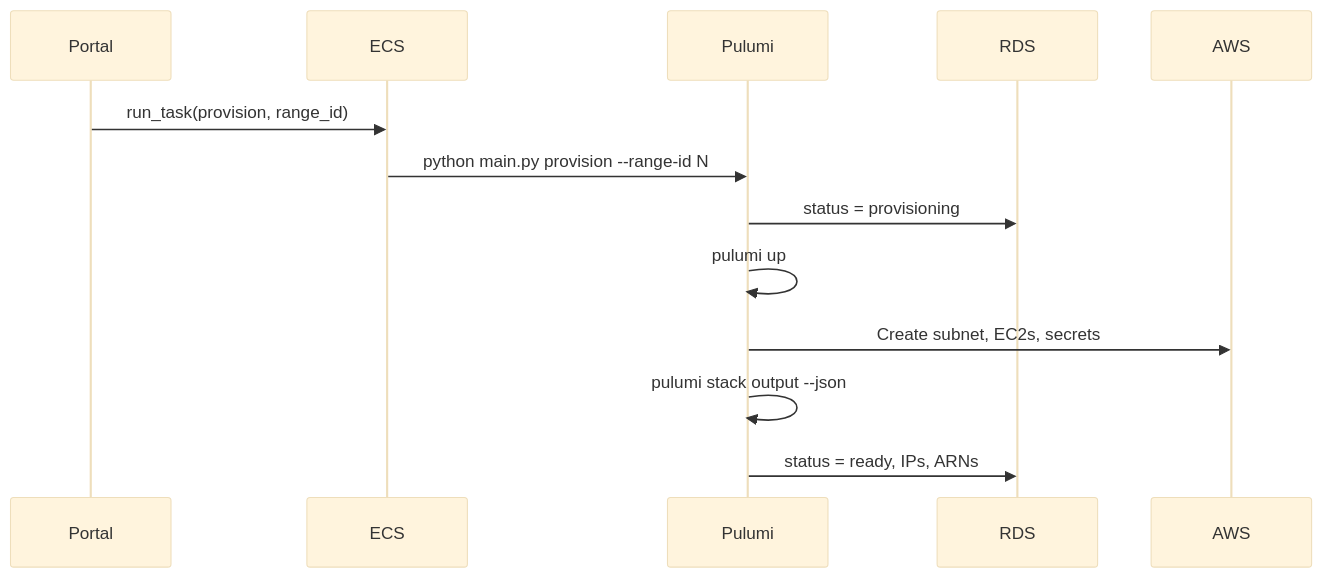
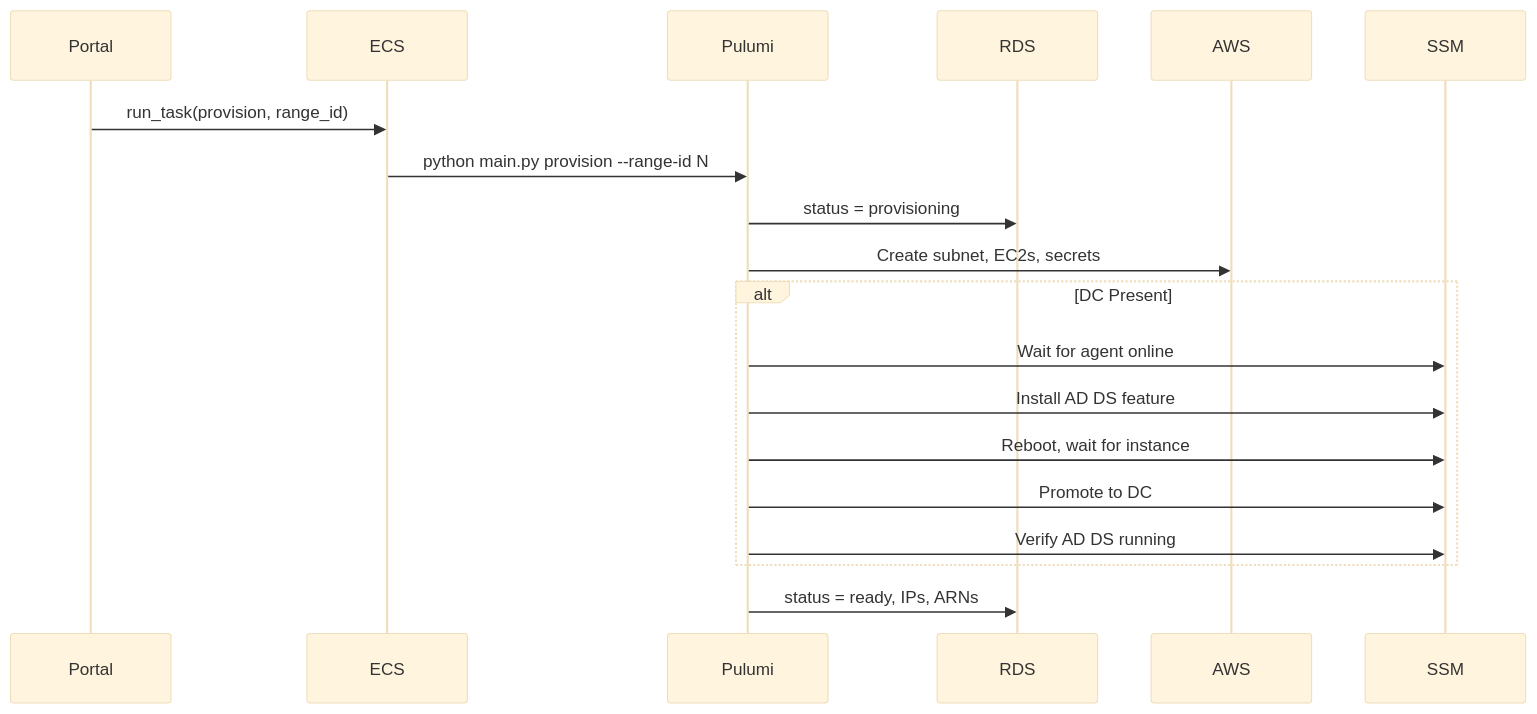
Before and after one commit to PaloAltoNetworks/shifter: the diagram in portal/documentation/docs/execution/provisioner.md, drawn with Mermaid (base theme). The commit also changed other lines of this file and 18 other files, not shown here.

````diff
--- a/portal/documentation/docs/execution/provisioner.md
+++ b/portal/documentation/docs/execution/provisioner.md
@@ -7,16 +7,22 @@
 ```mermaid
 sequenceDiagram
     participant Portal
     participant ECS
     participant Pulumi
     participant RDS
     participant AWS
+    participant SSM
 
     Portal->>ECS: run_task(provision, range_id)
     ECS->>Pulumi: python main.py provision --range-id N
     Pulumi->>RDS: status = provisioning
-    Pulumi->>Pulumi: pulumi up
     Pulumi->>AWS: Create subnet, EC2s, secrets
-    Pulumi->>Pulumi: pulumi stack output --json
+    alt DC Present
+        Pulumi->>SSM: Wait for agent online
+        Pulumi->>SSM: Install AD DS feature
+        Pulumi->>SSM: Reboot, wait for instance
+        Pulumi->>SSM: Promote to DC
+        Pulumi->>SSM: Verify AD DS running
+    end
     Pulumi->>RDS: status = ready, IPs, ARNs
 ```
````
